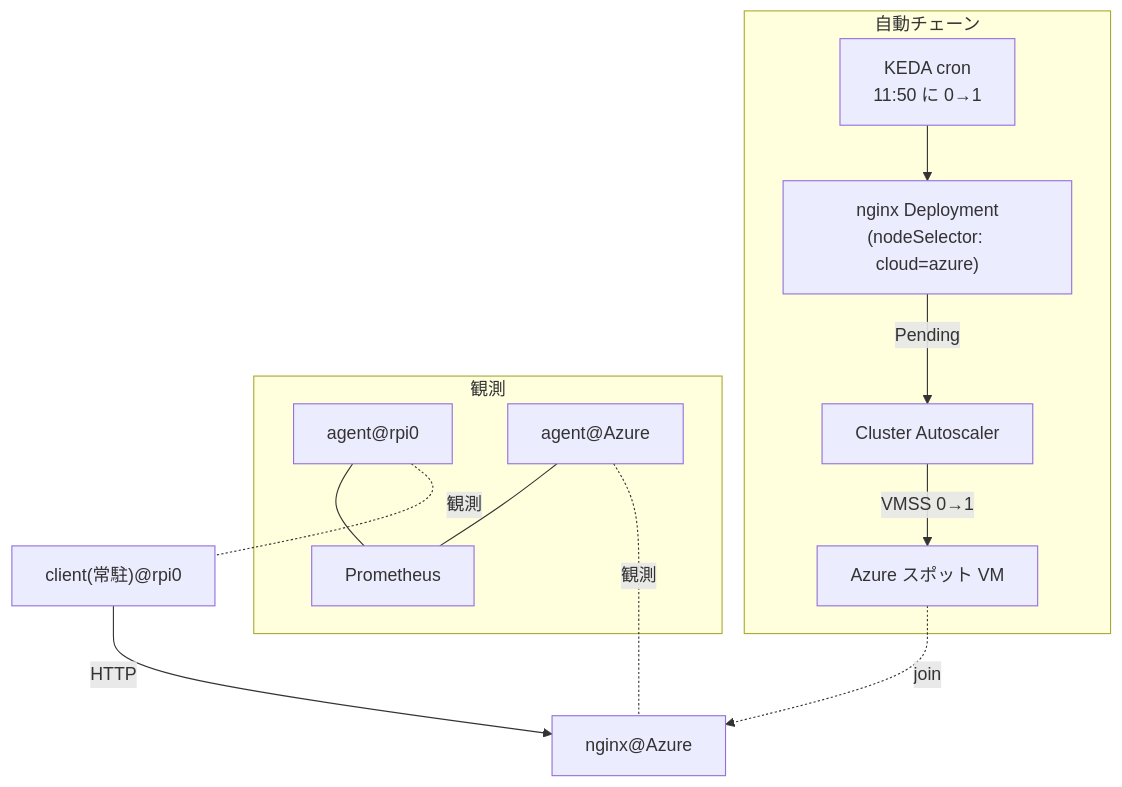
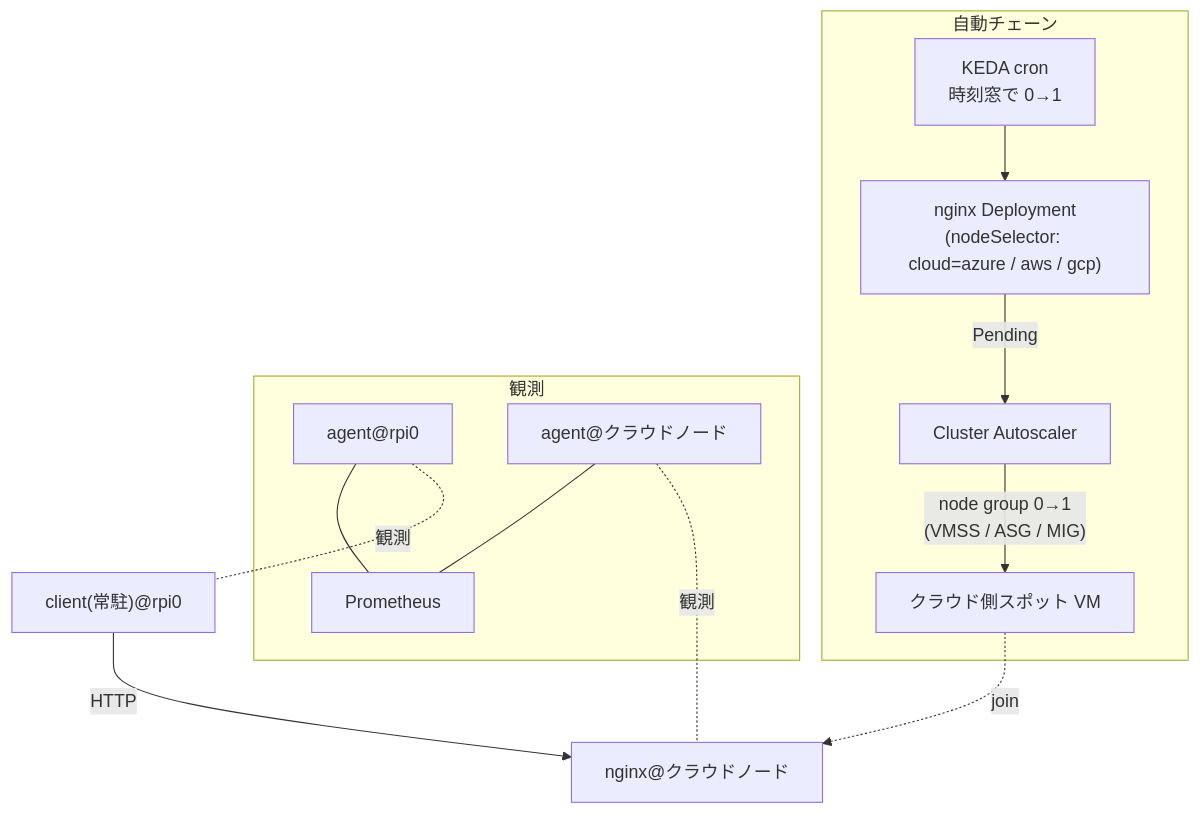
The diagram in articles/026-netobserv-multicloud-flows-keda-ca.md (shinichitazawa/zenn-articles), drawn with Mermaid before and after one commit. The commit also changed other lines of this file, not shown here.

Commit message:
026: 全体像の図をクラウド非依存に汎化(具体値はタイムラインへ委譲)

````diff
--- a/articles/026-netobserv-multicloud-flows-keda-ca.md
+++ b/articles/026-netobserv-multicloud-flows-keda-ca.md
@@ -38,16 +38,16 @@
 ```mermaid
 flowchart TB
   subgraph SCHED["自動チェーン"]
-    K["KEDA cron<br/>11:50 に 0→1"] --> D["nginx Deployment<br/>(nodeSelector: cloud=azure)"]
+    K["KEDA cron<br/>時刻窓で 0→1"] --> D["nginx Deployment<br/>(nodeSelector: cloud=azure / aws / gcp)"]
     D -->|Pending| CA["Cluster Autoscaler"]
-    CA -->|VMSS 0→1| VM["Azure スポット VM"]
+    CA -->|"node group 0→1<br/>(VMSS / ASG / MIG)"| VM["クラウド側スポット VM"]
   end
   subgraph OBS["観測"]
     A1["agent@rpi0"] --- P["Prometheus"]
-    A2["agent@Azure"] --- P
+    A2["agent@クラウドノード"] --- P
   end
-  C["client(常駐)@rpi0"] -->|HTTP| N["nginx@Azure"]
+  C["client(常駐)@rpi0"] -->|HTTP| N["nginx@クラウドノード"]
   VM -.->|join| N
   A1 -.観測.- C
   A2 -.観測.- N
 ```
````
